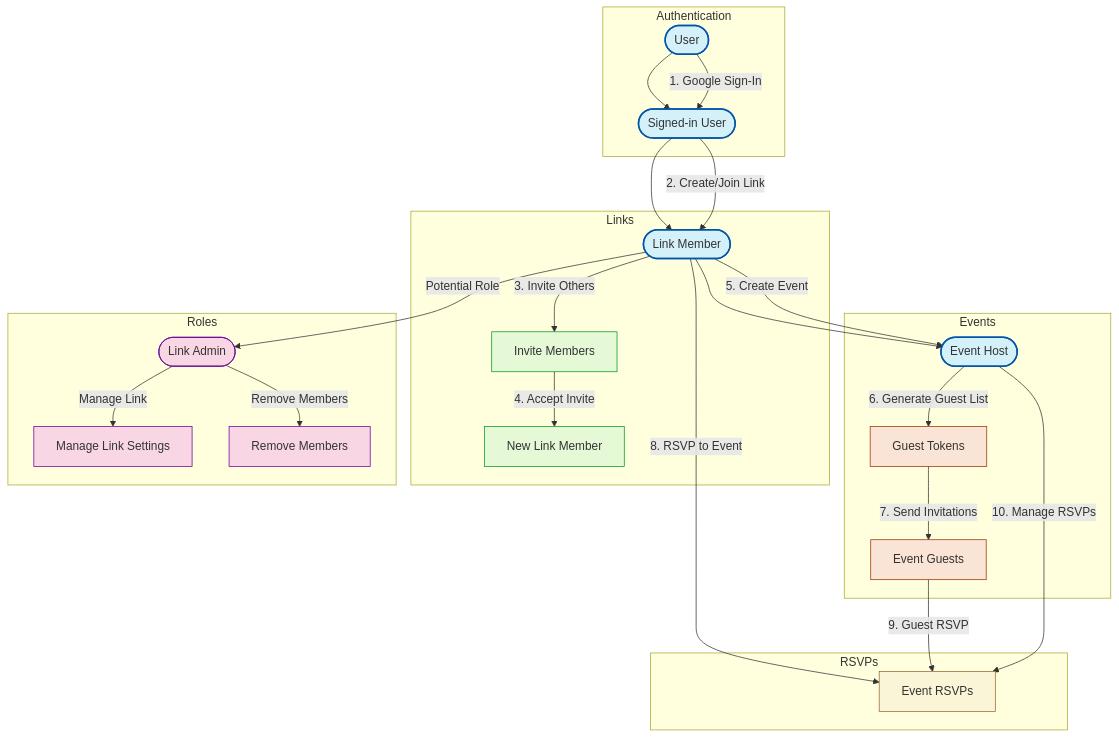
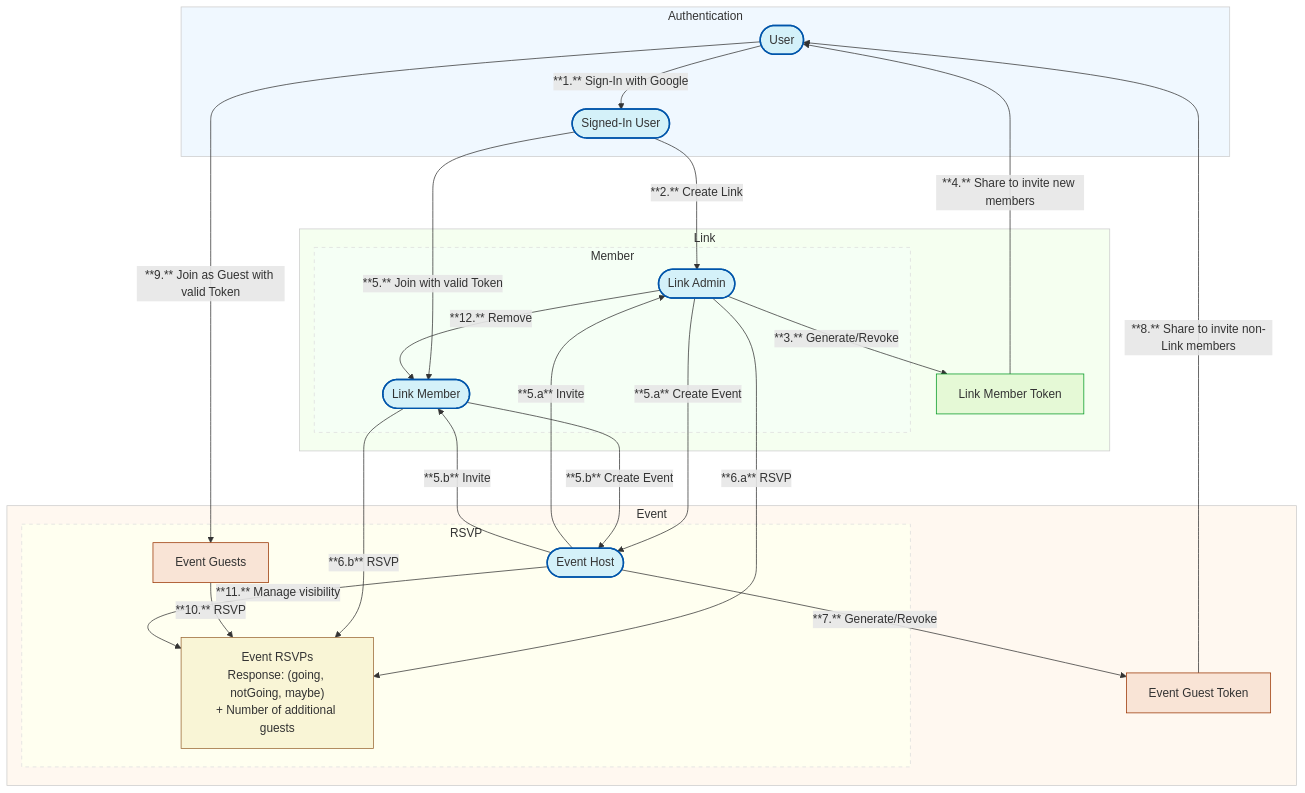
One commit to ichilabs/invites.cc changed the second of 2 diagrams in docs/design-doc.md. Above: the diagram before and after it, drawn with Mermaid. The commit also changed other lines of this file, not shown here.

Commit message:
docs: Added user flow diagram

````diff
--- a/docs/design-doc.md
+++ b/docs/design-doc.md
@@ -158,50 +131,68 @@
 ```mermaid
 flowchart TD
-    %% Main user states
-    User(["User"]) --> SignedInUser(["Signed-in User"])
-    SignedInUser --> LinkMember(["Link Member"])
-    LinkMember --> EventHost(["Event Host"])
+    %% Define main nodes first
+    User(["User"])
+    SignedInUser(["Signed-In User"])
+    LinkAdmin(["Link Admin"])
+    LinkMember(["Link Member"])
+    EventHost(["Event Host"])
     
-    %% Main actions and connections
     subgraph Authentication
-        User -->|1. Google Sign-In| SignedInUser
+        User -->|"**1.** Sign-In with Google"| SignedInUser
     end
     
-    subgraph Links
-        SignedInUser -->|2. Create/Join Link| LinkMember
-        LinkMember -->|3. Invite Others| InviteMembers["Invite Members"]
-        InviteMembers -->|4. Accept Invite| NewLinkMember["New Link Member"]
+    subgraph Link
+        subgraph Member
+            SignedInUser -->|"**2.** Create Link"| LinkAdmin
+            SignedInUser -->|"**5.** Join with valid Token"| LinkMember
+            LinkAdmin -->|"**12.** Remove"| LinkMember
+        end
+        
+        LinkAdmin -->|"**3.** Generate/Revoke"| LinkMemberToken["Link Member Token"]
+        LinkMemberToken -->|"**4.** Share to invite new members"| User
     end
     
-    subgraph Events
-        LinkMember -->|5. Create Event| EventHost
-        EventHost -->|6. Generate Guest List| GT["Guest Tokens"]
-        GT -->|7. Send Invitations| Guests["Event Guests"]
-    end
-    
-    subgraph RSVPs
-        LinkMember -->|8. RSVP to Event| EventRSVP["Event RSVPs"]
-        Guests -->|9. Guest RSVP| EventRSVP
-        EventHost -->|10. Manage RSVPs| EventRSVP
-    end
-    
-    %% Additional Roles and Permissions
-    subgraph Roles
-        LinkMember -->|Potential Role| LinkAdmin(["Link Admin"])
-        LinkAdmin -->|Manage Link| ManageLink["Manage Link Settings"]
-        LinkAdmin -->|Remove Members| RemoveMembers["Remove Members"]
+    subgraph Event
+        %% Roles and creation
+        LinkAdmin -->|"**5.a** Create Event"| EventHost
+        LinkMember -->|"**5.b** Create Event"| EventHost
+        
+        %% Invitations
+        EventHost -->|"**5.a** Invite"| LinkAdmin
+        EventHost -->|"**5.b** Invite"| LinkMember
+        
+        %% Guest management
+        EventHost -->|"**7.** Generate/Revoke"| EventGuestToken["Event Guest Token"]
+        EventGuestToken -->|"**8.** Share to invite non-Link members"| User
+        User -->|"**9.** Join as Guest with valid Token"| Guests["Event Guests"]
+        
+        %% RSVPs
+        subgraph RSVP
+            LinkAdmin -->|"**6.a** RSVP"| EventRSVP["Event RSVPs<br>Response: (going, notGoing, maybe)<br>+ Number of additional guests"]
+            LinkMember -->|"**6.b** RSVP"| EventRSVP
+            Guests -->|"**10.** RSVP"| EventRSVP
+            EventHost -->|"**11.** Manage visibility"| EventRSVP
+        end
     end
     
     %% Styling
-    classDef user fill:#d4f1f9,stroke:#05a,stroke-width:2px
-    classDef links fill:#e5f9d6,stroke:#092,stroke-width:1px
-    classDef events fill:#f9e4d6,stroke:#930,stroke-width:1px
-    classDef rsvp fill:#f9f5d6,stroke:#963,stroke-width:1px
-    classDef roles fill:#f9d6e4,stroke:#609,stroke-width:1px
+    classDef user fill:#d4f1f9,stroke:#05a,stroke-width:2px,border-radius:8px
+    classDef member fill:#d4f1f9,stroke:#05a,stroke-width:2px,border-radius:8px
+    classDef links fill:#e5f9d6,stroke:#092,stroke-width:1px,border-radius:5px
+    classDef events fill:#f9e4d6,stroke:#930,stroke-width:1px,border-radius:5px
+    classDef rsvp fill:#f9f5d6,stroke:#963,stroke-width:1px,border-radius:5px
     
-    class User,SignedInUser,LinkMember,EventHost user
-    class InviteMembers,NewLinkMember links
-    class GT,Guests events
+    %% Apply styles
+    class User,SignedInUser,EventHost user
+    class LinkAdmin,LinkMember member
+    class LinkMemberToken links
+    class EventGuestToken,Guests events
     class EventRSVP rsvp
-    class LinkAdmin,ManageLink,RemoveMembers roles
+    
+    %% Improve subgraph styling
+    style Authentication fill:#f0f8ff,stroke:#ccc,stroke-width:1px
+    style Link fill:#f5fff0,stroke:#ccc,stroke-width:1px
+    style Member fill:#f5fff5,stroke:#ddd,stroke-width:1px,stroke-dasharray: 5 5
+    style Event fill:#fff8f0,stroke:#ccc,stroke-width:1px
+    style RSVP fill:#fffff0,stroke:#ddd,stroke-width:1px,stroke-dasharray: 5 5
 ```
````
